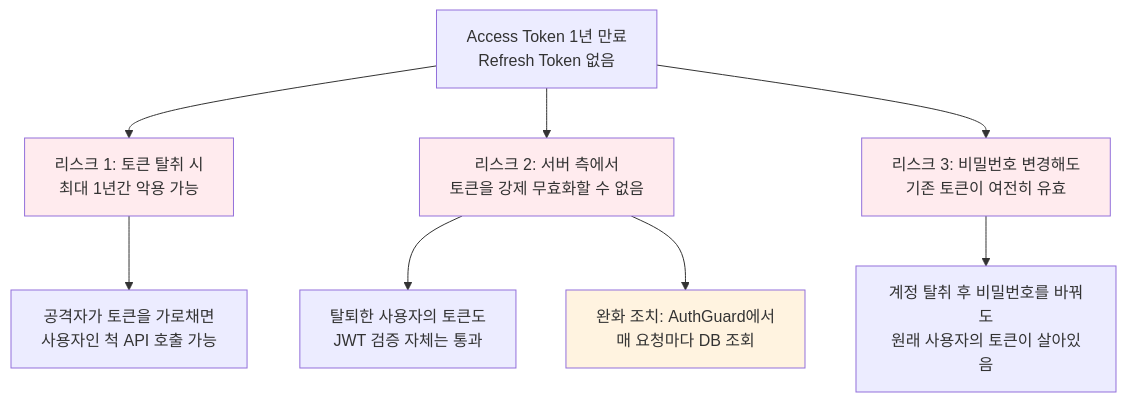
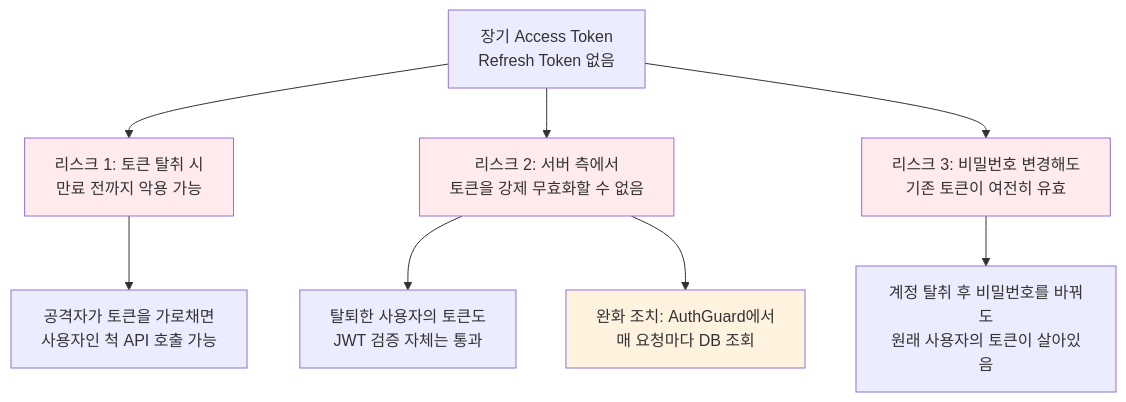
The third of 14 diagrams in _posts/2023-03-01-charlie-backend-infrastructure.md (jiwon11/jiwon11.github.io), drawn with Mermaid before and after one commit. The commit also changed other lines of this file and 9 other files, not shown here.

````diff
--- a/_posts/2023-03-01-charlie-backend-infrastructure.md
+++ b/_posts/2023-03-01-charlie-backend-infrastructure.md
@@ -207,16 +210,16 @@
 ```mermaid
 flowchart TD
-    A["Access Token 1년 만료<br/>Refresh Token 없음"] --> B["리스크 1: 토큰 탈취 시<br/>최대 1년간 악용 가능"]
+    A["장기 Access Token<br/>Refresh Token 없음"] --> B["리스크 1: 토큰 탈취 시<br/>만료 전까지 악용 가능"]
     A --> C["리스크 2: 서버 측에서<br/>토큰을 강제 무효화할 수 없음"]
     A --> D["리스크 3: 비밀번호 변경해도<br/>기존 토큰이 여전히 유효"]
 
     B --> E["공격자가 토큰을 가로채면<br/>사용자인 척 API 호출 가능"]
     C --> F["탈퇴한 사용자의 토큰도<br/>JWT 검증 자체는 통과"]
     D --> G["계정 탈취 후 비밀번호를 바꿔도<br/>원래 사용자의 토큰이 살아있음"]
 
     C --> H["완화 조치: AuthGuard에서<br/>매 요청마다 DB 조회"]
     style B fill:#ffebee
     style C fill:#ffebee
     style D fill:#ffebee
     style H fill:#fff3e0
 ```
````
